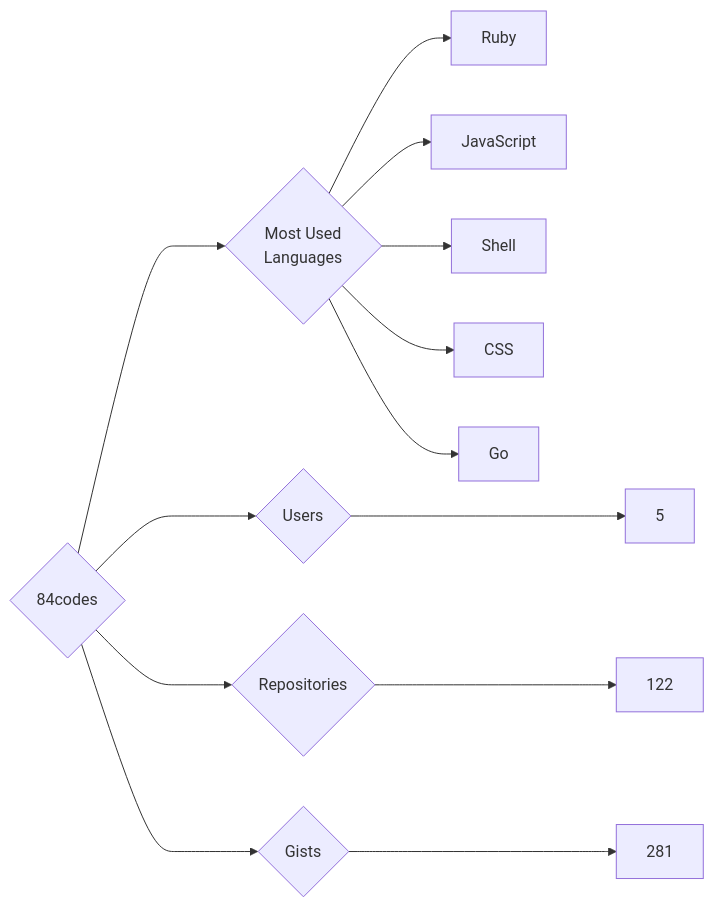
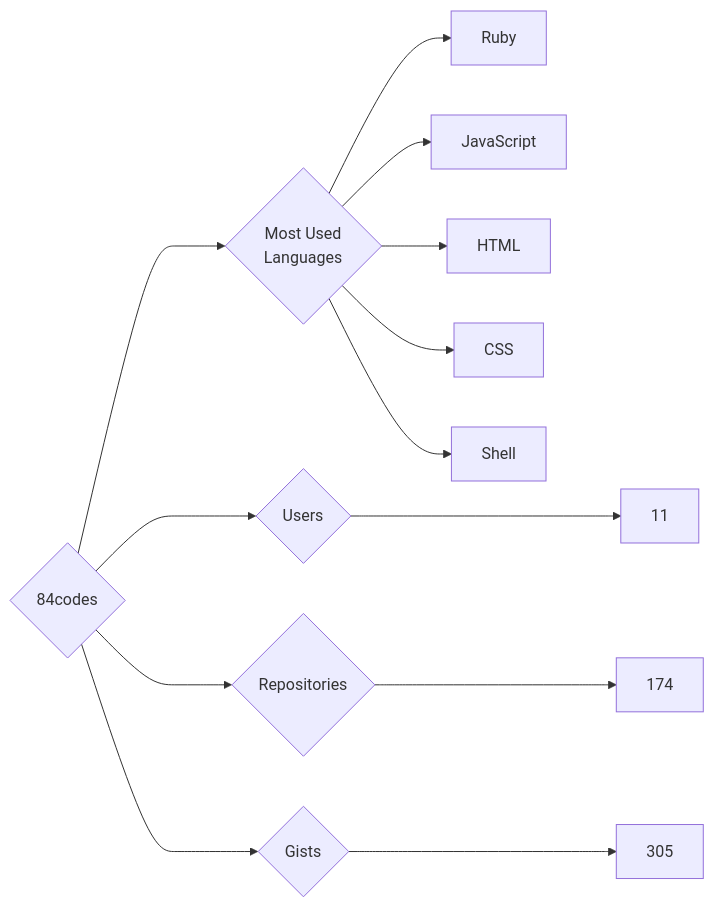
One commit to trickest/insiders changed the diagram in targets/84codes/README.md. Above: the diagram before and after it, drawn with Mermaid. The commit also changed 657 other files, not shown here.

````diff
--- a/targets/84codes/README.md
+++ b/targets/84codes/README.md
@@ -3,13 +3,13 @@
 ```mermaid
 graph LR
 COMPANY_NAME{84codes}
-COMPANY_NAME ---> U{Users} ---> UN[5]
-COMPANY_NAME ---> R{Repositories} ---> RN[122]
-COMPANY_NAME ---> G{Gists} ---> GN[281]
+COMPANY_NAME ---> U{Users} ---> UN[11]
+COMPANY_NAME ---> R{Repositories} ---> RN[174]
+COMPANY_NAME ---> G{Gists} ---> GN[305]
 COMPANY_NAME ---> ML{Most Used<br>Languages}
 ML --> Ruby[Ruby]
 ML --> JavaScript[JavaScript]
+ML --> HTML[HTML]
+ML --> CSS[CSS]
 ML --> Shell[Shell]
-ML --> CSS[CSS]
-ML --> Go[Go]
 ```
````
